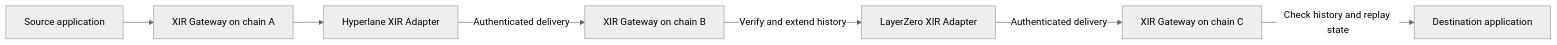
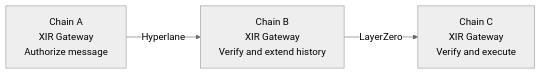
The diagram in README.md (lysrain21/XIR), drawn with Mermaid (neutral theme) before and after one commit.

Commit message:
Improve architecture diagram readability on GitHub

````diff
--- a/README.md
+++ b/README.md
@@ -37,9 +37,8 @@
 ```mermaid
 flowchart LR
-    App[Source application] --> A[XIR Gateway on chain A]
-    A --> HA[Hyperlane XIR Adapter]
-    HA -->|Authenticated delivery| B[XIR Gateway on chain B]
-    B -->|Verify and extend history| LA[LayerZero XIR Adapter]
-    LA -->|Authenticated delivery| C[XIR Gateway on chain C]
-    C -->|Check history and replay state| D[Destination application]
+    A["Chain A<br/>XIR Gateway<br/>Authorize message"]
+    B["Chain B<br/>XIR Gateway<br/>Verify and extend history"]
+    C["Chain C<br/>XIR Gateway<br/>Verify and execute"]
+    A -->|Hyperlane| B
+    B -->|LayerZero| C
 ```
````
